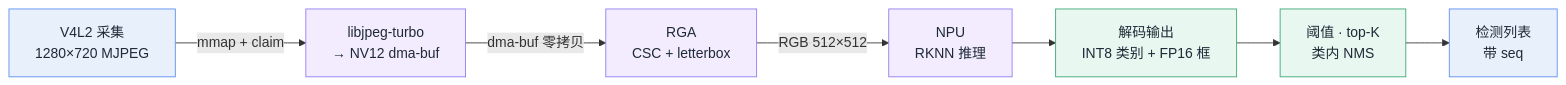
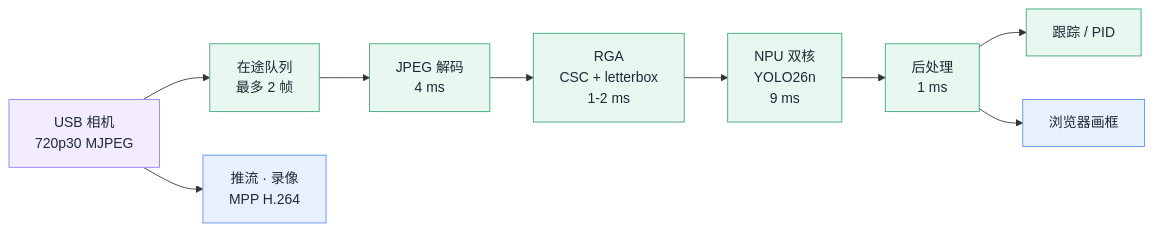
Before and after one commit to qianruo-orange/autonomous-driving-car: the first of 2 diagrams in README.md, drawn with Mermaid. The commit also changed other lines of this file and 1 other file, not shown here.

Commit message:
docs: replace README with a narrative rewrite; lead with the multi-agent control roadmap

````diff
--- a/README.md
+++ b/README.md
@@ -239,16 +60,18 @@
 ```mermaid
 flowchart LR
-    A["V4L2 采集<br/>1280×720 MJPEG"] -->|"mmap + claim"| B["libjpeg-turbo<br/>→ NV12 dma-buf"]
-    B -->|"dma-buf 零拷贝"| C["RGA<br/>CSC + letterbox"]
-    C -->|"RGB 512×512"| D["NPU<br/>RKNN 推理"]
-    D --> E["解码输出<br/>INT8 类别 + FP16 框"]
-    E --> F["阈值 · top-K<br/>类内 NMS"]
-    F --> G["检测列表<br/>带 seq"]
+    A["USB 相机<br/>720p30 MJPEG"] --> Q["在途队列<br/>最多 2 帧"]
+    Q --> B["JPEG 解码<br/>4 ms"]
+    B --> C["RGA<br/>CSC + letterbox<br/>1-2 ms"]
+    C --> D["NPU 双核<br/>YOLO26n<br/>9 ms"]
+    D --> E["后处理<br/>1 ms"]
+    E --> F["跟踪 / PID"]
+    A --> G["推流 · 录像<br/>MPP H.264"]
+    E --> H["浏览器画框"]
 
+    classDef hw fill:#f3ecff,stroke:#8f7cf0,color:#1f2937
     classDef io fill:#e8f1fb,stroke:#5b8def,color:#1f2937
-    classDef hw fill:#f3ecff,stroke:#8f7cf0,color:#1f2937
-    classDef out fill:#e8f7ef,stroke:#3aa675,color:#1f2937
-    class A,G io
-    class B,C,D hw
-    class E,F out
+    classDef soft fill:#e8f7ef,stroke:#3aa675,color:#1f2937
+    class A hw
+    class G,H io
+    class Q,B,C,D,E,F soft
 ```
````
